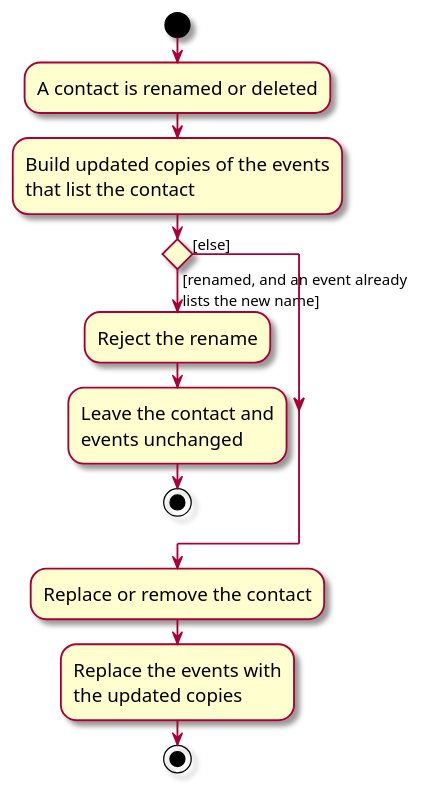
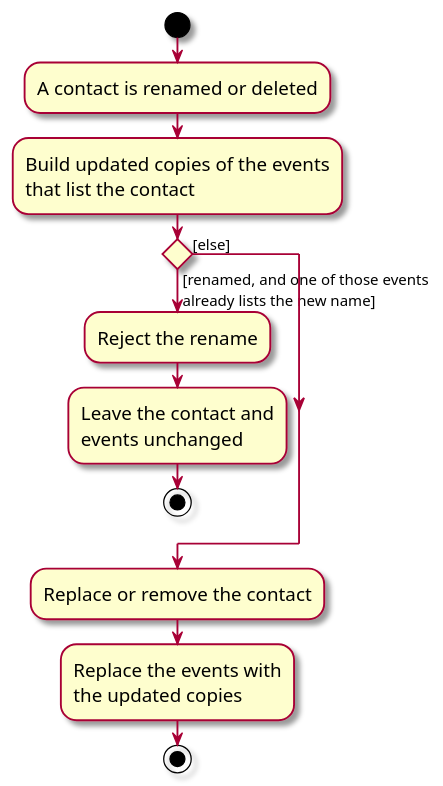
The diagram in diagrams/EventSyncActivityDiagram.puml (AY2627S1-CS2103T-W12-3/tp), drawn with PlantUML before and after one commit. The commit also changed 31 other files, not shown here.

```diff
--- a/diagrams/EventSyncActivityDiagram.puml
+++ b/diagrams/EventSyncActivityDiagram.puml
@@ -1,25 +1,25 @@
 @startuml
 skin rose
 skinparam ActivityFontSize 15
 skinparam ArrowFontSize 12
 start
 :A contact is renamed or deleted;
 :Build updated copies of the events
 that list the contact;
 
 'Since the beta syntax does not support placing the condition outside the
 'diamond we place it as the true branch instead.
 
-if () then ([renamed, and an event already
-lists the new name])
+if () then ([renamed, and one of those events
+already lists the new name])
     :Reject the rename;
     :Leave the contact and
     events unchanged;
     stop
 else ([else])
 endif
 :Replace or remove the contact;
 :Replace the events with
 the updated copies;
 stop
 @enduml
```
